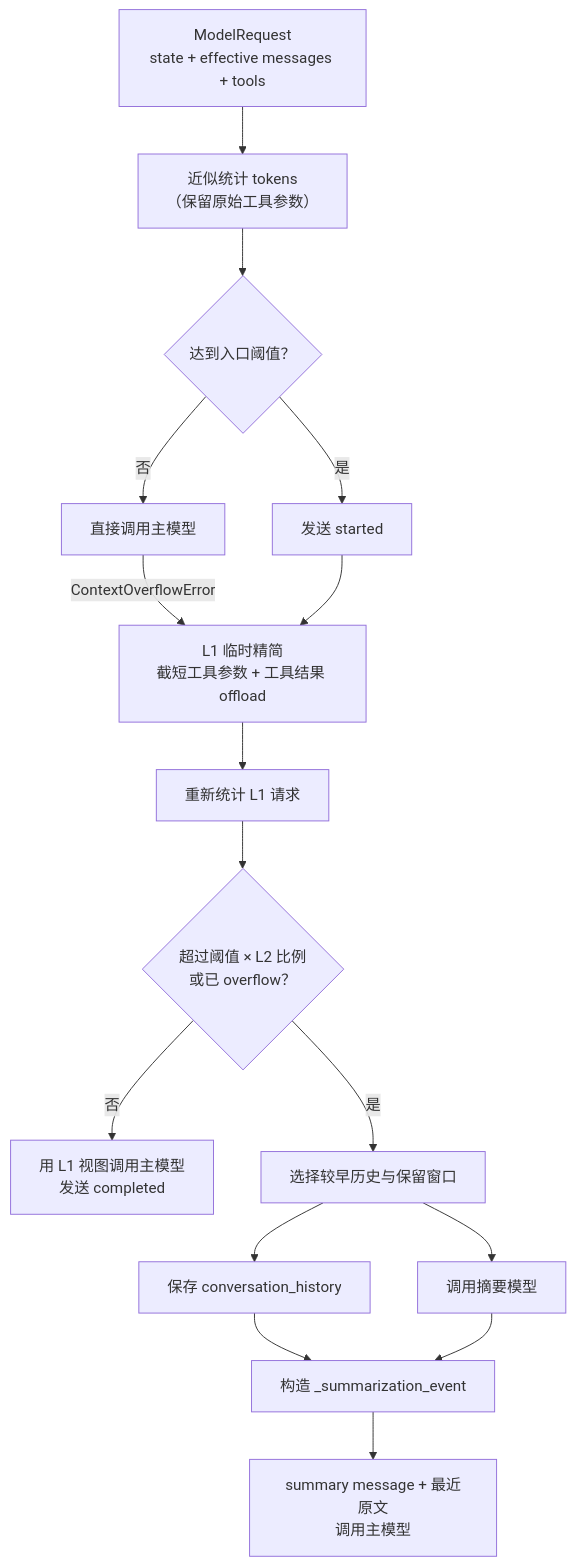
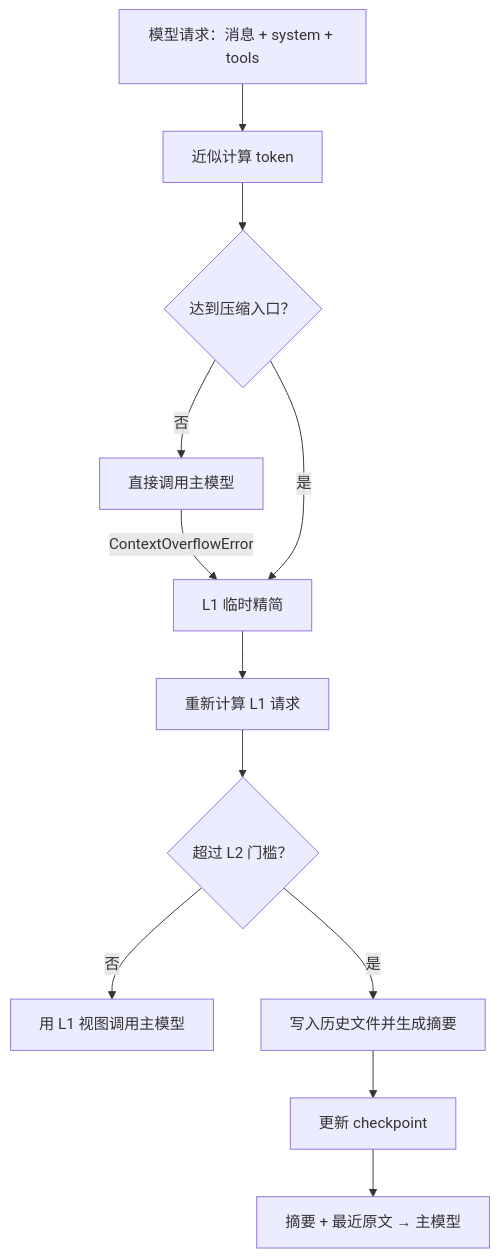
One commit to Mr-H-00/ZS-Hermes changed the diagram in docs/mechanisms/context-compression.md. Above: the diagram before and after it, drawn with Mermaid. The commit also changed other lines of this file and 59 other files, not shown here.

````diff
--- a/docs/mechanisms/context-compression.md
+++ b/docs/mechanisms/context-compression.md
@@ -18,18 +13,14 @@
 ```mermaid
 flowchart TD
-    Request["ModelRequest\nstate + effective messages + tools"] --> Count["近似统计 tokens\n（保留原始工具参数）"]
-    Count --> Entry{"达到入口阈值？"}
-    Entry -- "否" --> Main["直接调用主模型"]
-    Main -- "ContextOverflowError" --> L1["L1 临时精简\n截短工具参数 + 工具结果 offload"]
-    Entry -- "是" --> Event["发送 started"]
-    Event --> L1
-    L1 --> Recount["重新统计 L1 请求"]
-    Recount --> L2{"超过阈值 × L2 比例\n或已 overflow？"}
-    L2 -- "否" --> L1Model["用 L1 视图调用主模型\n发送 completed"]
-    L2 -- "是" --> Partition["选择较早历史与保留窗口"]
-    Partition --> Offload["保存 conversation_history"]
-    Partition --> Summarize["调用摘要模型"]
-    Offload --> State["构造 _summarization_event"]
-    Summarize --> State
-    State --> Effective["summary message + 最近原文\n调用主模型"]
+    Request["模型请求：消息 + system + tools"] --> Count["近似计算 token"]
+    Count --> Entry{"达到压缩入口？"}
+    Entry -- "否" --> Model["直接调用主模型"]
+    Model -- "ContextOverflowError" --> L1["L1 临时精简"]
+    Entry -- "是" --> L1
+    L1 --> Recount["重新计算 L1 请求"]
+    Recount --> L2{"超过 L2 门槛？"}
+    L2 -- "否" --> ModelL1["用 L1 视图调用主模型"]
+    L2 -- "是" --> History["写入历史文件并生成摘要"]
+    History --> State["更新 checkpoint"]
+    State --> ModelSummary["摘要 + 最近原文 → 主模型"]
 ```
````
